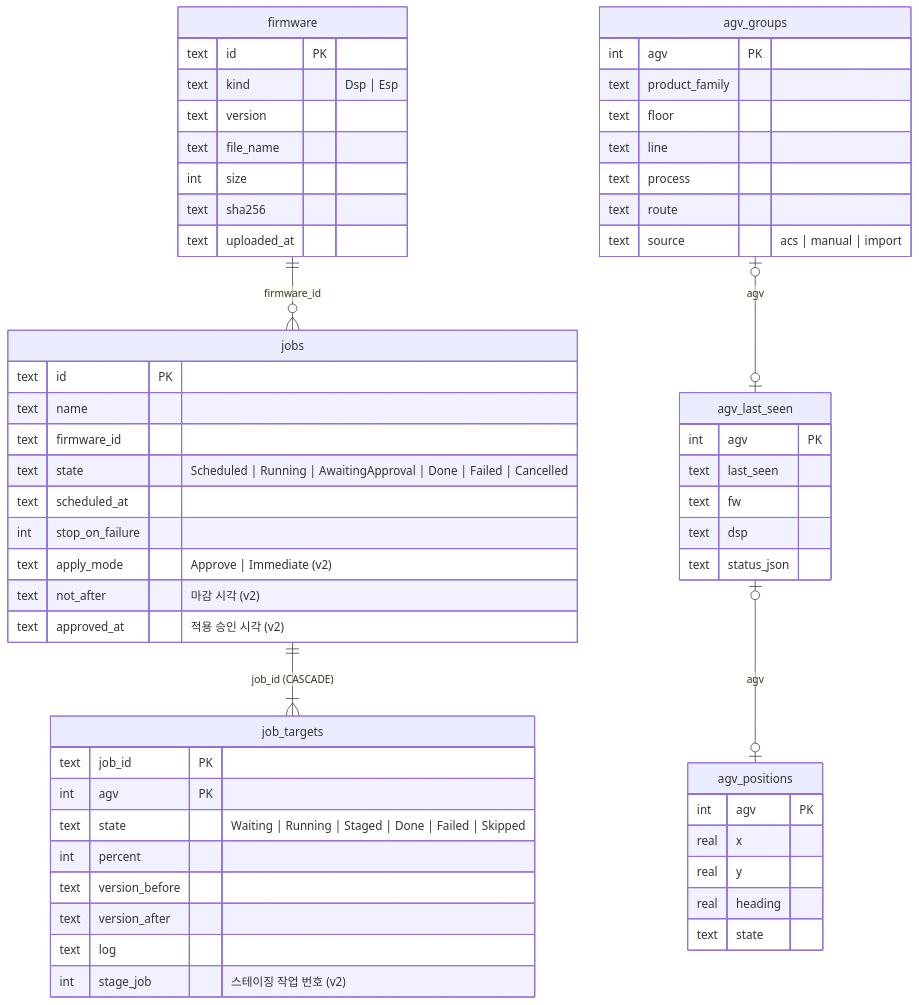
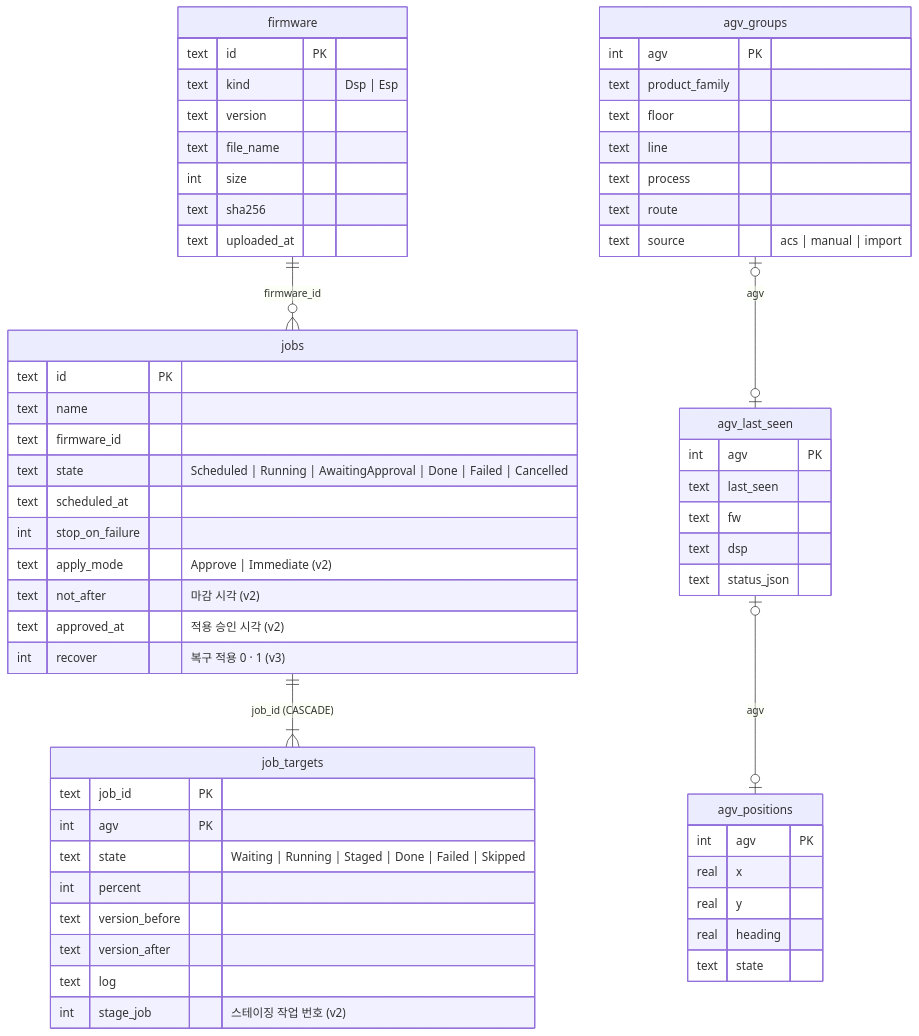
One commit to Leepy0/AGV_FOTA_GATEWAY changed the diagram in docs/diagrams/db-er.mmd. Above: the diagram before and after it, drawn with Mermaid. The commit also changed 28 other files, not shown here.

```diff
--- a/docs/diagrams/db-er.mmd
+++ b/docs/diagrams/db-er.mmd
@@ -1,58 +1,59 @@
 erDiagram
   firmware ||--o{ jobs : "firmware_id"
   jobs ||--|{ job_targets : "job_id (CASCADE)"
   agv_groups |o--o| agv_last_seen : "agv"
   agv_last_seen |o--o| agv_positions : "agv"
   firmware {
     text id PK
     text kind "Dsp | Esp"
     text version
     text file_name
     int size
     text sha256
     text uploaded_at
   }
   jobs {
     text id PK
     text name
     text firmware_id
     text state "Scheduled | Running | AwaitingApproval | Done | Failed | Cancelled"
     text scheduled_at
     int stop_on_failure
     text apply_mode "Approve | Immediate (v2)"
     text not_after "마감 시각 (v2)"
     text approved_at "적용 승인 시각 (v2)"
+    int recover "복구 적용 0 · 1 (v3)"
   }
   job_targets {
     text job_id PK
     int agv PK
     text state "Waiting | Running | Staged | Done | Failed | Skipped"
     int percent
     text version_before
     text version_after
     text log
     int stage_job "스테이징 작업 번호 (v2)"
   }
   agv_groups {
     int agv PK
     text product_family
     text floor
     text line
     text process
     text route
     text source "acs | manual | import"
   }
   agv_positions {
     int agv PK
     real x
     real y
     real heading
     text state
   }
   agv_last_seen {
     int agv PK
     text last_seen
     text fw
     text dsp
     text status_json
   }
```
